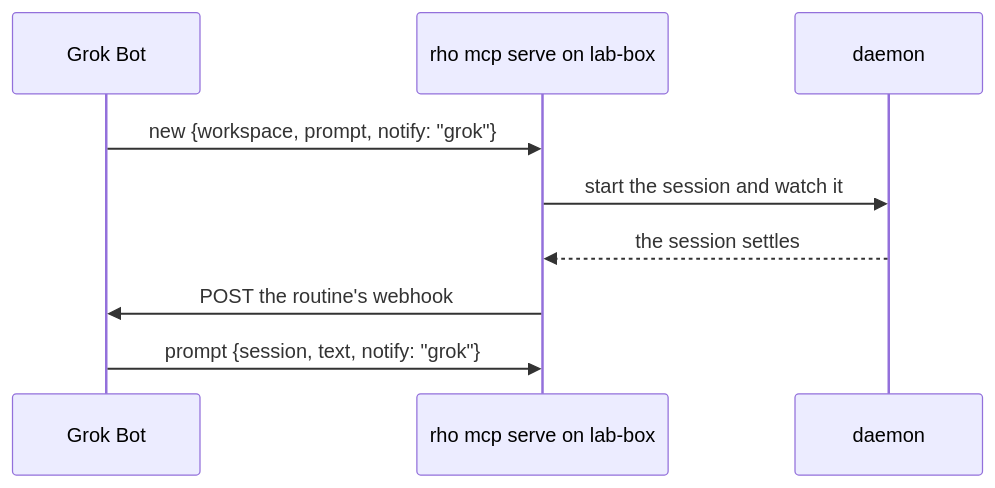
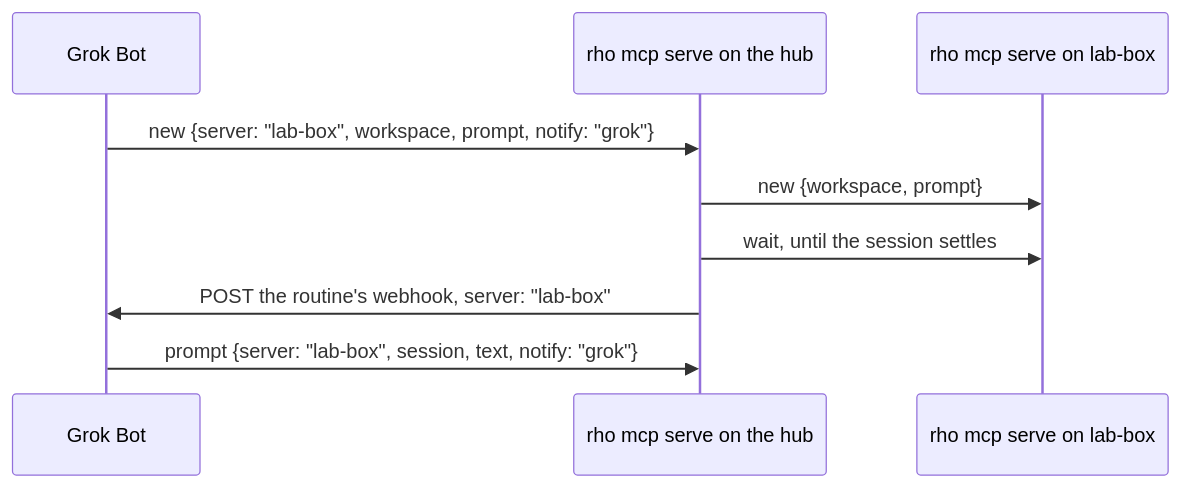
One commit to matthewyjiang/rho changed the diagram in docs/integrations/grok-bot.md. Above: the diagram before and after it, drawn with Mermaid. The commit also changed other lines of this file and 39 other files, not shown here.

Commit message:
feat(mcp): drive every machine's sessions from one rho mcp serve

````diff
--- a/docs/integrations/grok-bot.md
+++ b/docs/integrations/grok-bot.md
@@ -7,11 +7,11 @@
 ```mermaid
 sequenceDiagram
     participant B as Grok Bot
-    participant M as rho mcp serve on lab-box
-    participant D as daemon
-    B->>M: new {workspace, prompt, notify: "grok"}
-    M->>D: start the session and watch it
-    D-->>M: the session settles
-    M->>B: POST the routine's webhook
-    B->>M: prompt {session, text, notify: "grok"}
+    participant H as rho mcp serve on the hub
+    participant L as rho mcp serve on lab-box
+    B->>H: new {server: "lab-box", workspace, prompt, notify: "grok"}
+    H->>L: new {workspace, prompt}
+    H->>L: wait, until the session settles
+    H->>B: POST the routine's webhook, server: "lab-box"
+    B->>H: prompt {server: "lab-box", session, text, notify: "grok"}
 ```
````
